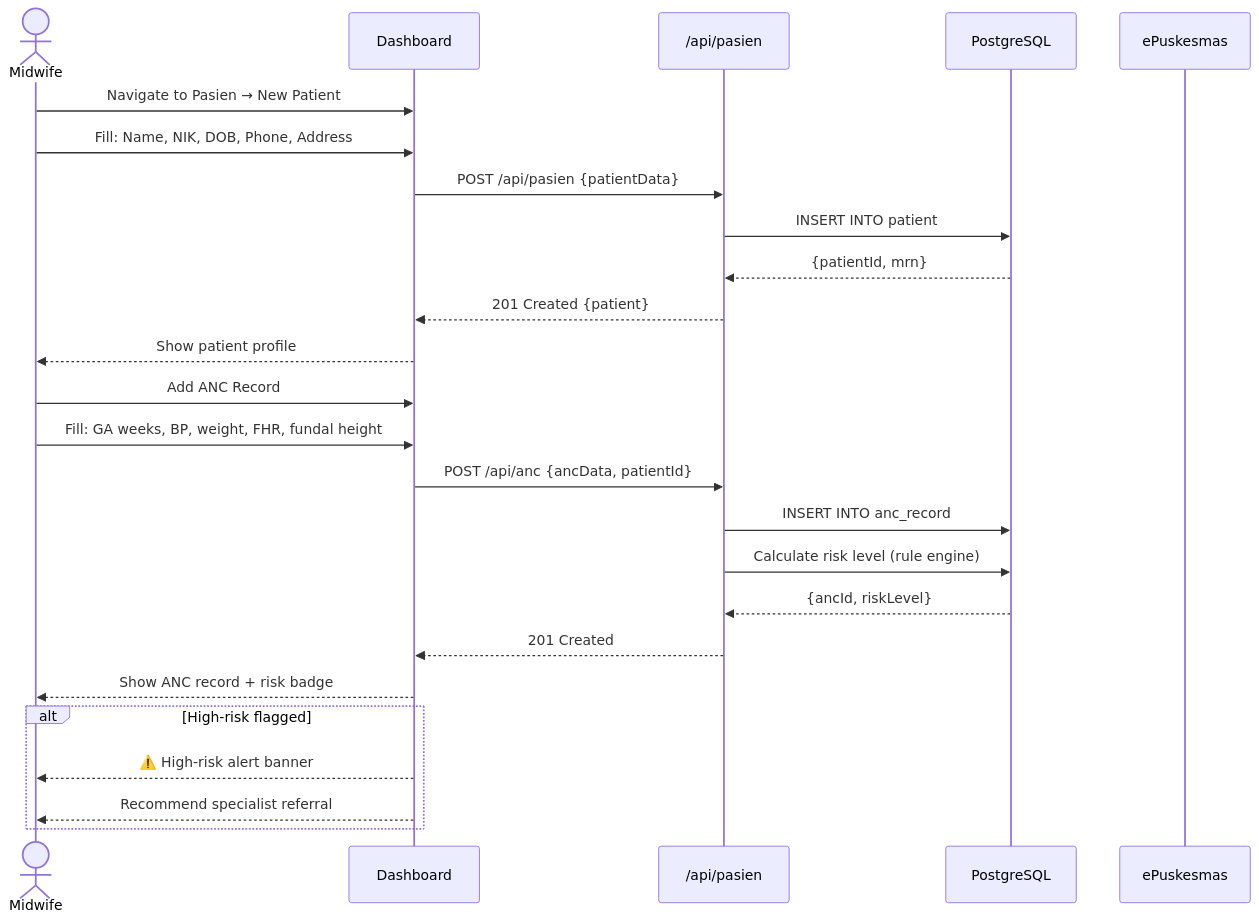
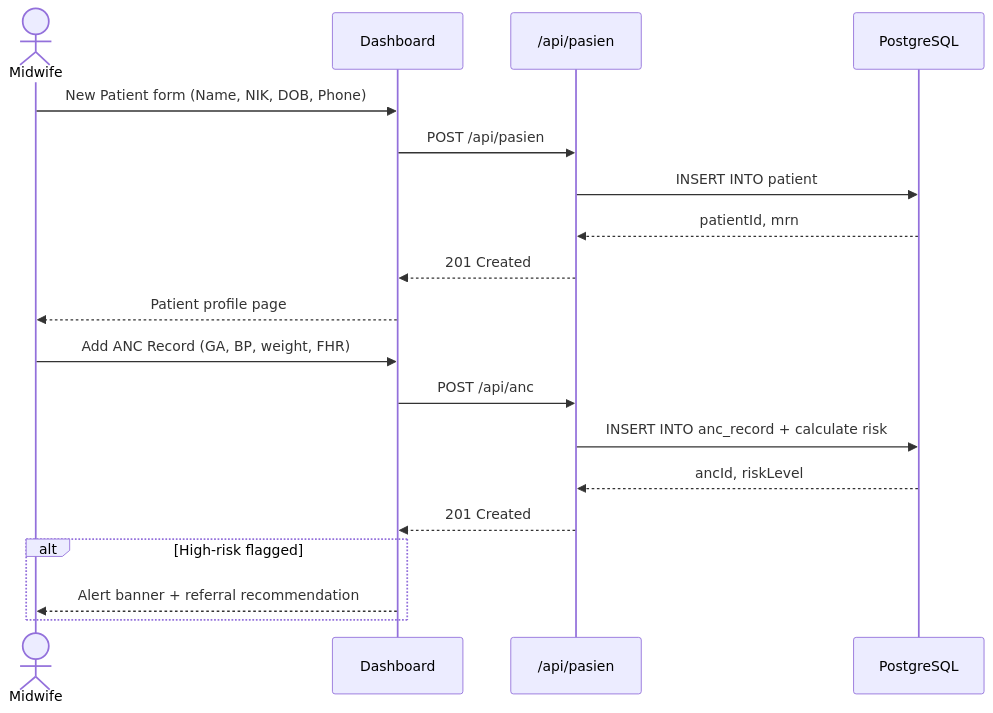
The eighth of 18 diagrams in README.md (Avvicenna/intelligenceboard), drawn with Mermaid before and after one commit. The commit also changed other lines of this file, not shown here.

````diff
--- a/README.md
+++ b/README.md
@@ -1556,30 +910,24 @@
 ```mermaid
 sequenceDiagram
     actor Midwife
     participant Dashboard
     participant API as /api/pasien
     participant DB as PostgreSQL
-    participant EMR as ePuskesmas
 
-    Midwife->>Dashboard: Navigate to Pasien → New Patient
-    Midwife->>Dashboard: Fill: Name, NIK, DOB, Phone, Address
-    Dashboard->>API: POST /api/pasien {patientData}
+    Midwife->>Dashboard: New Patient form (Name, NIK, DOB, Phone)
+    Dashboard->>API: POST /api/pasien
     API->>DB: INSERT INTO patient
-    DB-->>API: {patientId, mrn}
-    API-->>Dashboard: 201 Created {patient}
-    Dashboard-->>Midwife: Show patient profile
+    DB-->>API: patientId, mrn
+    API-->>Dashboard: 201 Created
+    Dashboard-->>Midwife: Patient profile page
 
-    Midwife->>Dashboard: Add ANC Record
-    Midwife->>Dashboard: Fill: GA weeks, BP, weight, FHR, fundal height
-    Dashboard->>API: POST /api/anc {ancData, patientId}
-    API->>DB: INSERT INTO anc_record
-    API->>DB: Calculate risk level (rule engine)
-    DB-->>API: {ancId, riskLevel}
+    Midwife->>Dashboard: Add ANC Record (GA, BP, weight, FHR)
+    Dashboard->>API: POST /api/anc
+    API->>DB: INSERT INTO anc_record + calculate risk
+    DB-->>API: ancId, riskLevel
     API-->>Dashboard: 201 Created
-    Dashboard-->>Midwife: Show ANC record + risk badge
 
     alt High-risk flagged
-        Dashboard-->>Midwife: ⚠️ High-risk alert banner
-        Dashboard-->>Midwife: Recommend specialist referral
+        Dashboard-->>Midwife: Alert banner + referral recommendation
     end
 ```
````
